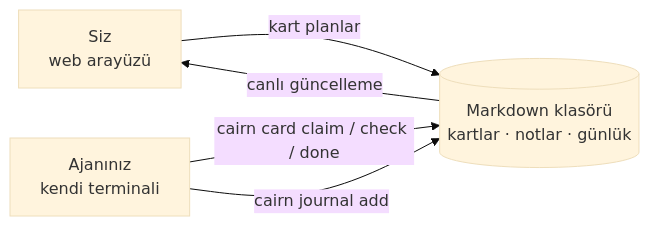
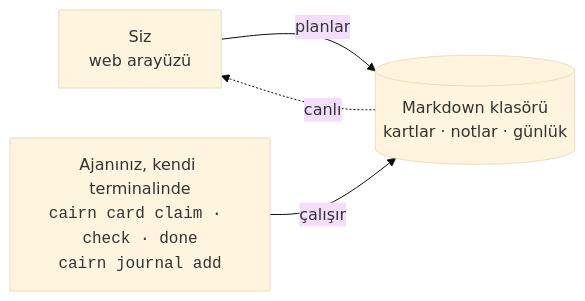
Before and after one commit to Zenginby/cairnboard: the diagram in README.tr.md, drawn with Mermaid (base theme). The commit also changed 1 other file, not shown here.

Commit message:
docs: README flow diagram without overlapping labels

````diff
--- a/README.tr.md
+++ b/README.tr.md
@@ -41,7 +41,9 @@
 ```mermaid
 flowchart LR
-    you["Siz<br/>web arayüzü"] -->|"kart planlar"| data[("Markdown klasörü<br/>kartlar · notlar · günlük")]
-    agent["Ajanınız<br/>kendi terminali"] -->|"cairn card claim / check / done"| data
-    data -->|"canlı güncelleme"| you
-    agent -->|"cairn journal add"| data
+    you["Siz<br/>web arayüzü"]
+    data[("Markdown klasörü<br/>kartlar · notlar · günlük")]
+    agent["Ajanınız, kendi terminalinde<br/><code>cairn card claim · check · done</code><br/><code>cairn journal add</code>"]
+    you -->|planlar| data
+    data -.->|canlı| you
+    agent -->|çalışır| data
 ```
````
